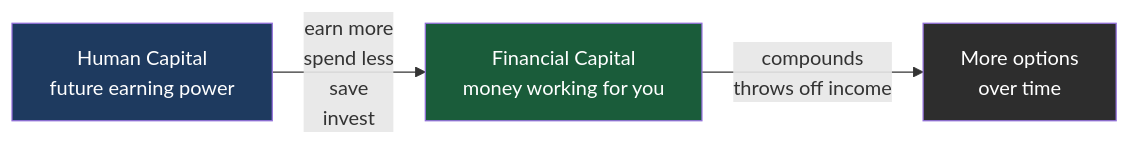
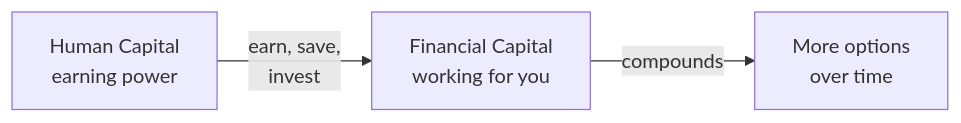
The diagram in docs/first-60-days/week-3/day-14.md (leotansingapore/aia-product-compass-hub), drawn with Mermaid before and after one commit. The commit also changed 2 other files, not shown here.

Commit message:
Week 3 and Week 4 charts now flow horizontally with shorter labels (Job A/B steps, Human-Capital cycle, 5-phase meeting structure)

````diff
--- a/docs/first-60-days/week-3/day-14.md
+++ b/docs/first-60-days/week-3/day-14.md
@@ -47,8 +47,4 @@
 ```mermaid
 flowchart LR
-    HC["Human Capital<br/>future earning power"] -->|"earn more<br/>spend less<br/>save<br/>invest"| FC["Financial Capital<br/>money working for you"]
-    FC -->|"compounds<br/>throws off income"| HC2["More options<br/>over time"]
-    style HC fill:#1e3a5f,color:#fff
-    style FC fill:#1a5c3a,color:#fff
-    style HC2 fill:#2d2d2d,color:#fff
+    HC["Human Capital<br/>earning power"] -->|"earn, save,<br/>invest"| FC["Financial Capital<br/>working for you"] -->|"compounds"| HC2["More options<br/>over time"]
 ```
````
